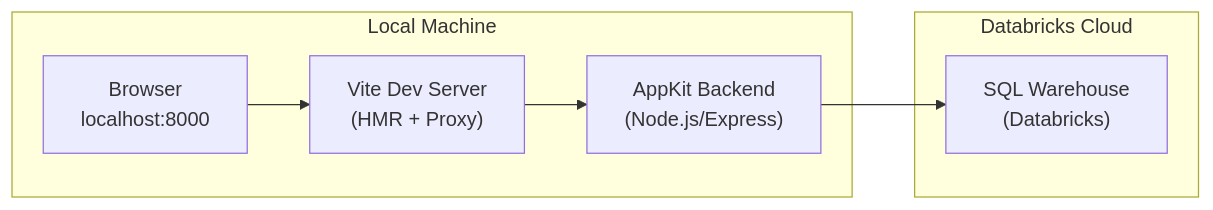
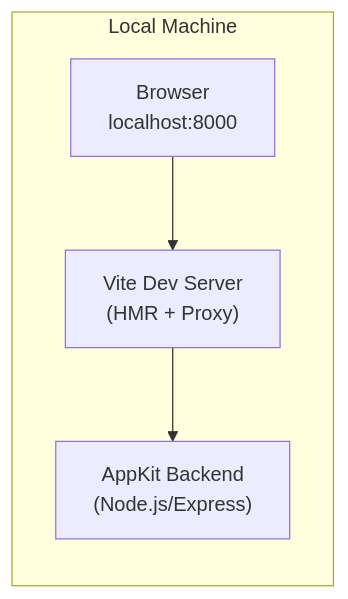
The first of 4 diagrams in apps_lakebase/Instructions.md (databricks-solutions/vibe-coding-workshop-template), drawn with Mermaid before and after one commit. The commit also changed other lines of this file and 27 other files, not shown here.

````diff
--- a/apps_lakebase/Instructions.md
+++ b/apps_lakebase/Instructions.md
@@ -225,16 +330,11 @@
 ```mermaid
 graph LR
     Browser["Browser<br/>localhost:8000"] --> Vite["Vite Dev Server<br/>(HMR + Proxy)"]
     Vite --> AppKit["AppKit Backend<br/>(Node.js/Express)"]
-    AppKit --> SQLWarehouse["SQL Warehouse<br/>(Databricks)"]
 
     subgraph local [Local Machine]
         Browser
         Vite
         AppKit
     end
-
-    subgraph cloud [Databricks Cloud]
-        SQLWarehouse
-    end
 ```
````
